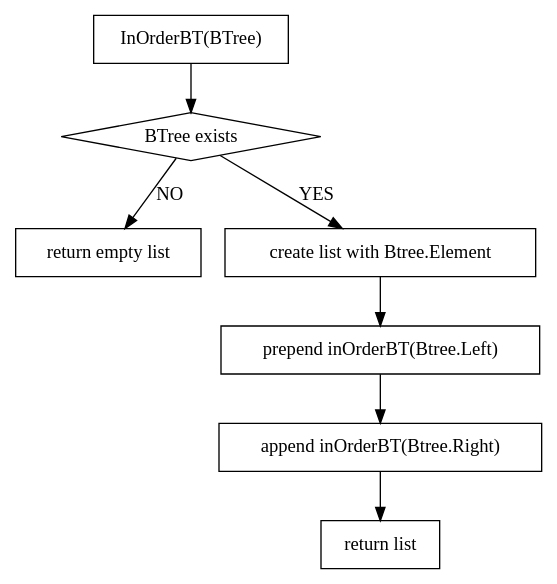
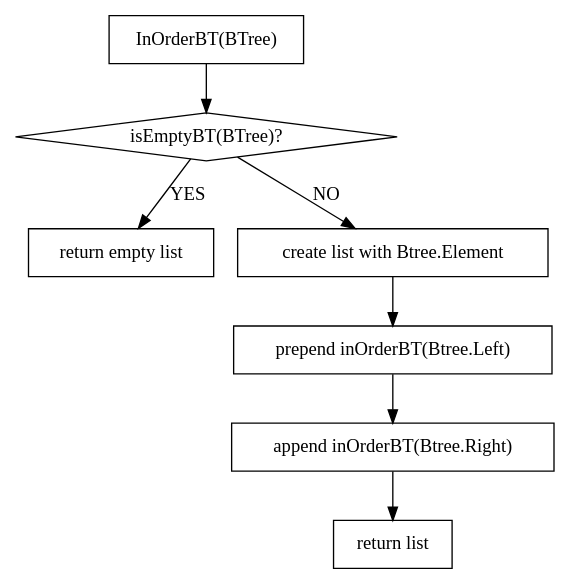
One commit to hugoppp-uni/Algorithmen-und-Datenstrukturen changed the diagram in doc/aufg1/graphViz/inOrderBT_Justin.gv. Above: the diagram before and after it, drawn with Graphviz. The commit also changed 18 other files, not shown here.

```diff
--- a/doc/aufg1/graphViz/inOrderBT_Justin.gv
+++ b/doc/aufg1/graphViz/inOrderBT_Justin.gv
@@ -1,18 +1,18 @@
 digraph Q {
 
 node [shape = box];
 compound = true;
     a1 [label = "InOrderBT(BTree)"]
     a1 -> a2
-    a2 [label = "BTree exists" shape = diamond]
-    a2 -> a3 [label = NO]
+    a2 [label = "isEmptyBT(BTree)?" shape = diamond]
+    a2 -> a3 [label = YES]
     a3 [label = "return empty list"]
     a4 [label = "create list with Btree.Element"]
-    a2 -> a4 [label = YES]
+    a2 -> a4 [label = NO]
     a5 [label = "prepend inOrderBT(Btree.Left)"]
     a6 [label = "append inOrderBT(Btree.Right)"]
     a4 -> a5
     a5 -> a6
     a6 -> a7
     a7 [label = "return list"]
 }
```
